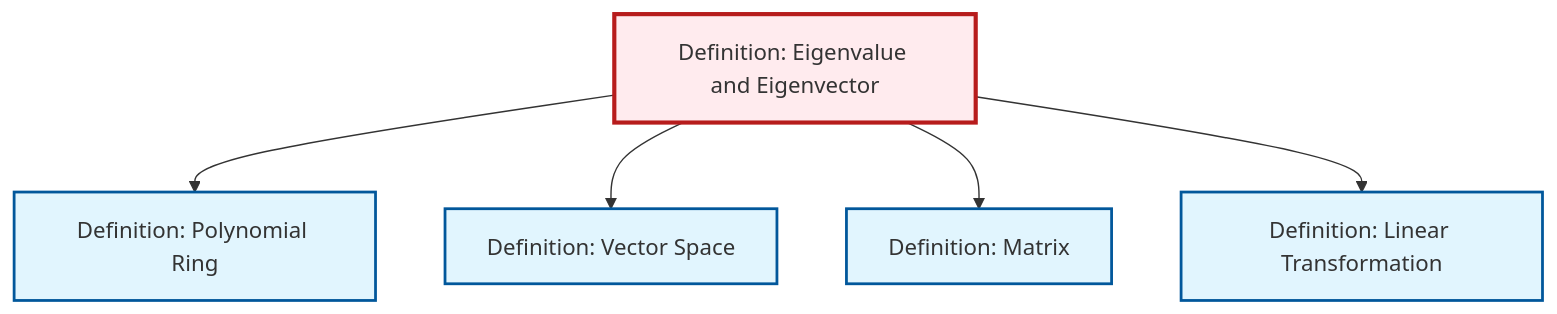
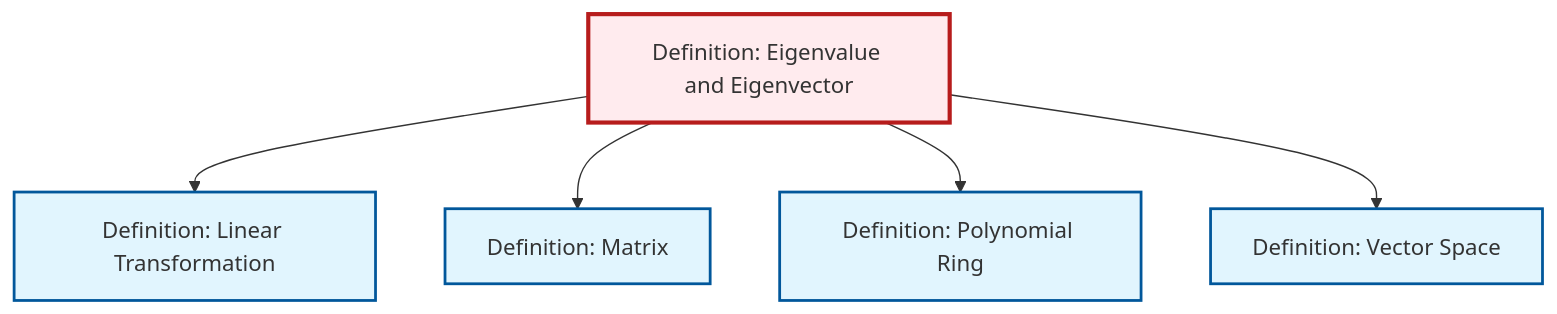
Before and after one commit to RK0429/ModernMath: the diagram in content/ja/algebra/def-eigenvalue-eigenvector.qmd, drawn with Mermaid. The commit also changed other lines of this file and 497 other files, not shown here.

````diff
--- a/content/ja/algebra/def-eigenvalue-eigenvector.qmd
+++ b/content/ja/algebra/def-eigenvalue-eigenvector.qmd
@@ -76,23 +76,23 @@
 ```{mermaid}
 %%| fig-cap: "Local dependency graph"
 graph TD
     classDef definition fill:#e1f5fe,stroke:#01579b,stroke-width:2px
     classDef theorem fill:#f3e5f5,stroke:#4a148c,stroke-width:2px
     classDef axiom fill:#fff3e0,stroke:#e65100,stroke-width:2px
     classDef example fill:#e8f5e9,stroke:#1b5e20,stroke-width:2px
     classDef current fill:#ffebee,stroke:#b71c1c,stroke-width:3px
+    def-eigenvalue-eigenvector["Definition: Eigenvalue and Eigenvector"]:::definition
     def-vector-space["Definition: Vector Space"]:::definition
-    def-eigenvalue-eigenvector["Definition: Eigenvalue and Eigenvector"]:::definition
-    def-polynomial-ring["Definition: Polynomial Ring"]:::definition
     def-matrix["Definition: Matrix"]:::definition
     def-linear-transformation["Definition: Linear Transformation"]:::definition
+    def-polynomial-ring["Definition: Polynomial Ring"]:::definition
+    def-eigenvalue-eigenvector --> def-linear-transformation
+    def-eigenvalue-eigenvector --> def-matrix
     def-eigenvalue-eigenvector --> def-polynomial-ring
     def-eigenvalue-eigenvector --> def-vector-space
-    def-eigenvalue-eigenvector --> def-matrix
-    def-eigenvalue-eigenvector --> def-linear-transformation
     class def-eigenvalue-eigenvector current
     click def-vector-space "def-vector-space.html" "Definition: Vector Spaceへ"
-    click def-polynomial-ring "def-polynomial-ring.html" "Definition: Polynomial Ringへ"
     click def-matrix "def-matrix.html" "Definition: Matrixへ"
     click def-linear-transformation "def-linear-transformation.html" "Definition: Linear Transformationへ"
+    click def-polynomial-ring "def-polynomial-ring.html" "Definition: Polynomial Ringへ"
 ```
````
